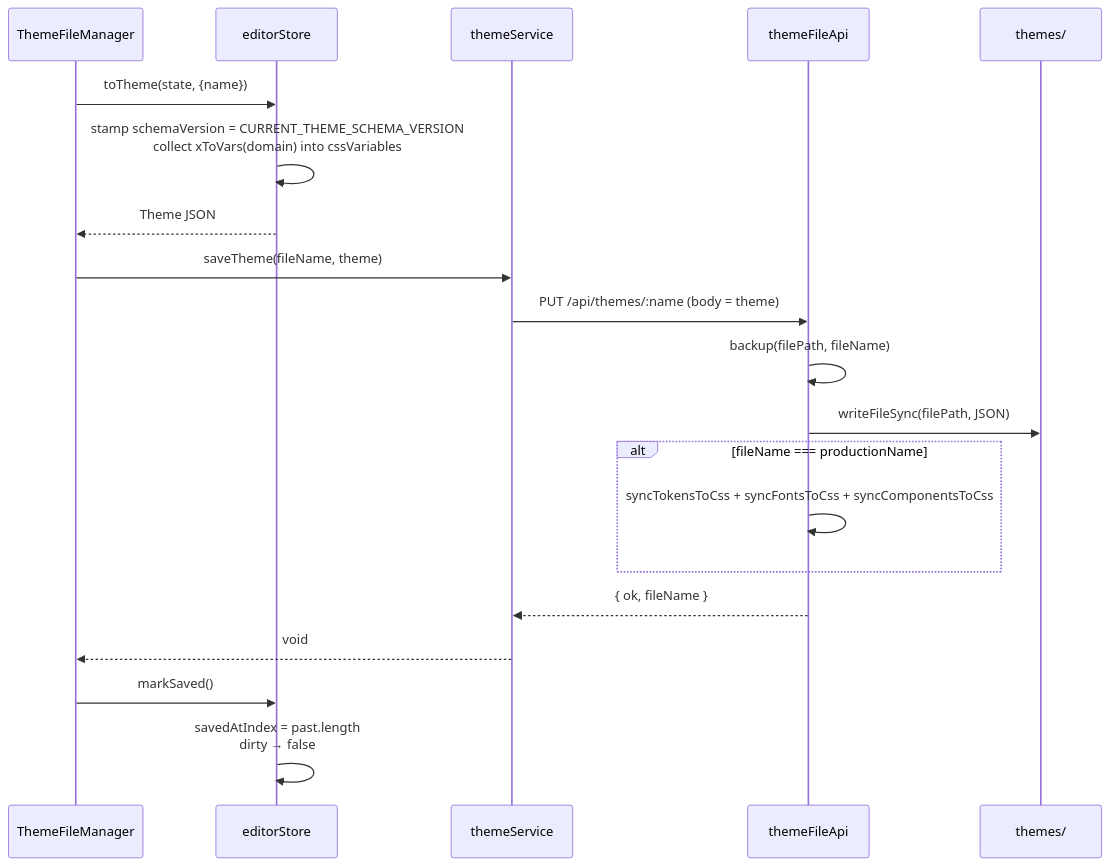
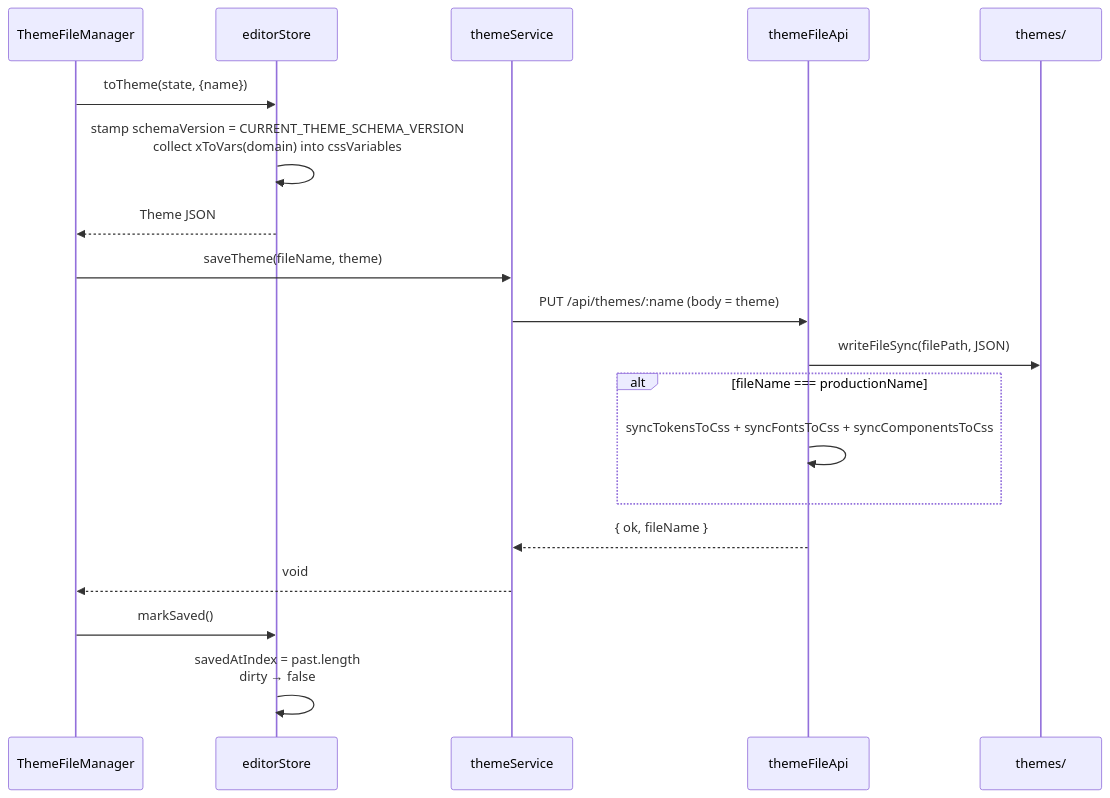
Before and after one commit to motionproto/live-tokens: the fourth of 4 diagrams in docs/04-tokens-and-themes.md, drawn with Mermaid. The commit also changed other lines of this file and 65 other files, not shown here.

````diff
--- a/docs/04-tokens-and-themes.md
+++ b/docs/04-tokens-and-themes.md
@@ -333,23 +328,22 @@
 ```mermaid
 sequenceDiagram
     participant UI as ThemeFileManager
     participant Store as editorStore
     participant Svc as themeService
     participant Plugin as themeFileApi
     participant FS as themes/
 
     UI->>Store: toTheme(state, {name})
     Store->>Store: stamp schemaVersion = CURRENT_THEME_SCHEMA_VERSION<br/>collect xToVars(domain) into cssVariables
     Store-->>UI: Theme JSON
     UI->>Svc: saveTheme(fileName, theme)
     Svc->>Plugin: PUT /api/themes/:name (body = theme)
-    Plugin->>Plugin: backup(filePath, fileName)
     Plugin->>FS: writeFileSync(filePath, JSON)
     alt fileName === productionName
         Plugin->>Plugin: syncTokensToCss + syncFontsToCss + syncComponentsToCss
     end
     Plugin-->>Svc: { ok, fileName }
     Svc-->>UI: void
     UI->>Store: markSaved()
     Store->>Store: savedAtIndex = past.length<br/>dirty → false
 ```
````
